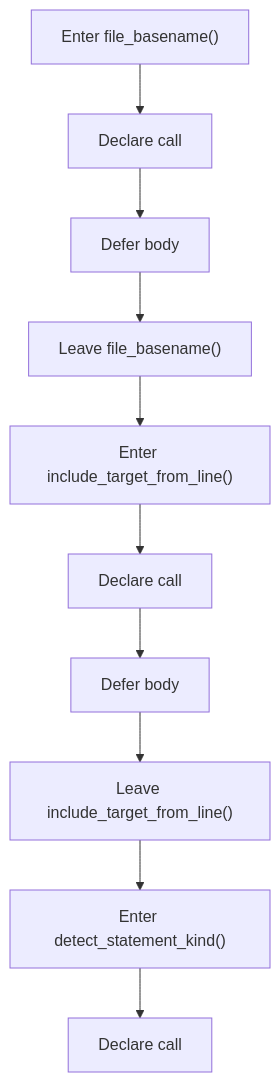
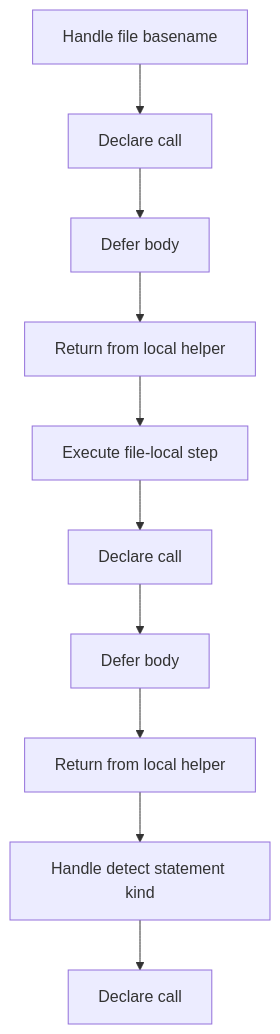
Before and after one commit to JohnAndrewBalbarosa/NeoTerritory: the sixth of 8 diagrams in docs/Codebase/Microservice/Modules/Header/SyntacticBrokenAST/Trees/Actual/Internal/Flow/parse_tree_internal_program_flow_01.hpp.md, drawn with Mermaid. The commit also changed other lines of this file and 925 other files, not shown here.

````diff
--- a/docs/Codebase/Microservice/Modules/Header/SyntacticBrokenAST/Trees/Actual/Internal/Flow/parse_tree_internal_program_flow_01.hpp.md
+++ b/docs/Codebase/Microservice/Modules/Header/SyntacticBrokenAST/Trees/Actual/Internal/Flow/parse_tree_internal_program_flow_01.hpp.md
@@ -145,22 +145,22 @@
 ```mermaid
 flowchart TD
-    N0["Enter file_basename()"]
+    N0["Handle file basename"]
     N1["Declare call"]
     N2["Defer body"]
-    N3["Leave file_basename()"]
-    N4["Enter include_target_from_line()"]
+    N3["Return from local helper"]
+    N4["Execute file-local step"]
     N5["Declare call"]
     N6["Defer body"]
-    N7["Leave include_target_from_line()"]
-    N8["Enter detect_statement_kind()"]
+    N7["Return from local helper"]
+    N8["Handle detect statement kind"]
     N9["Declare call"]
     N0 --> N1
     N1 --> N2
     N2 --> N3
     N3 --> N4
     N4 --> N5
     N5 --> N6
     N6 --> N7
     N7 --> N8
     N8 --> N9
 ```
````
